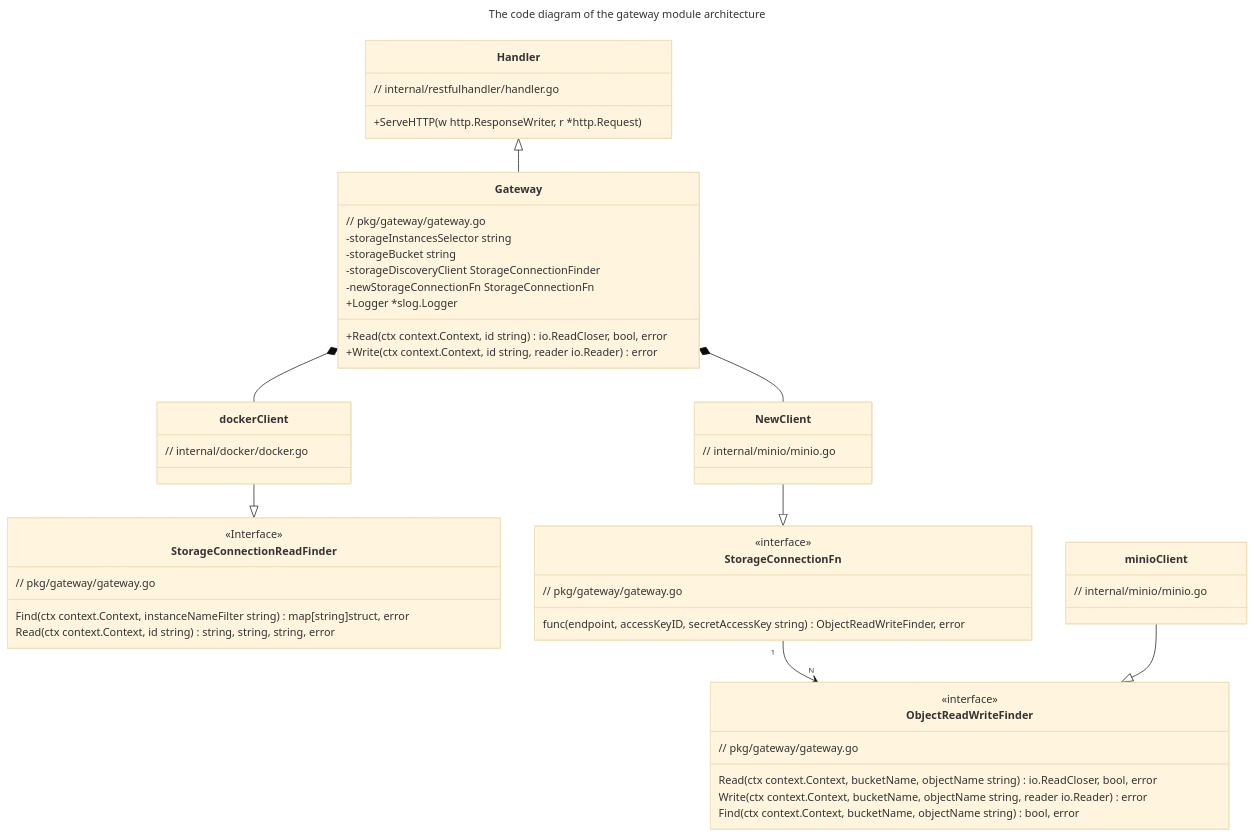
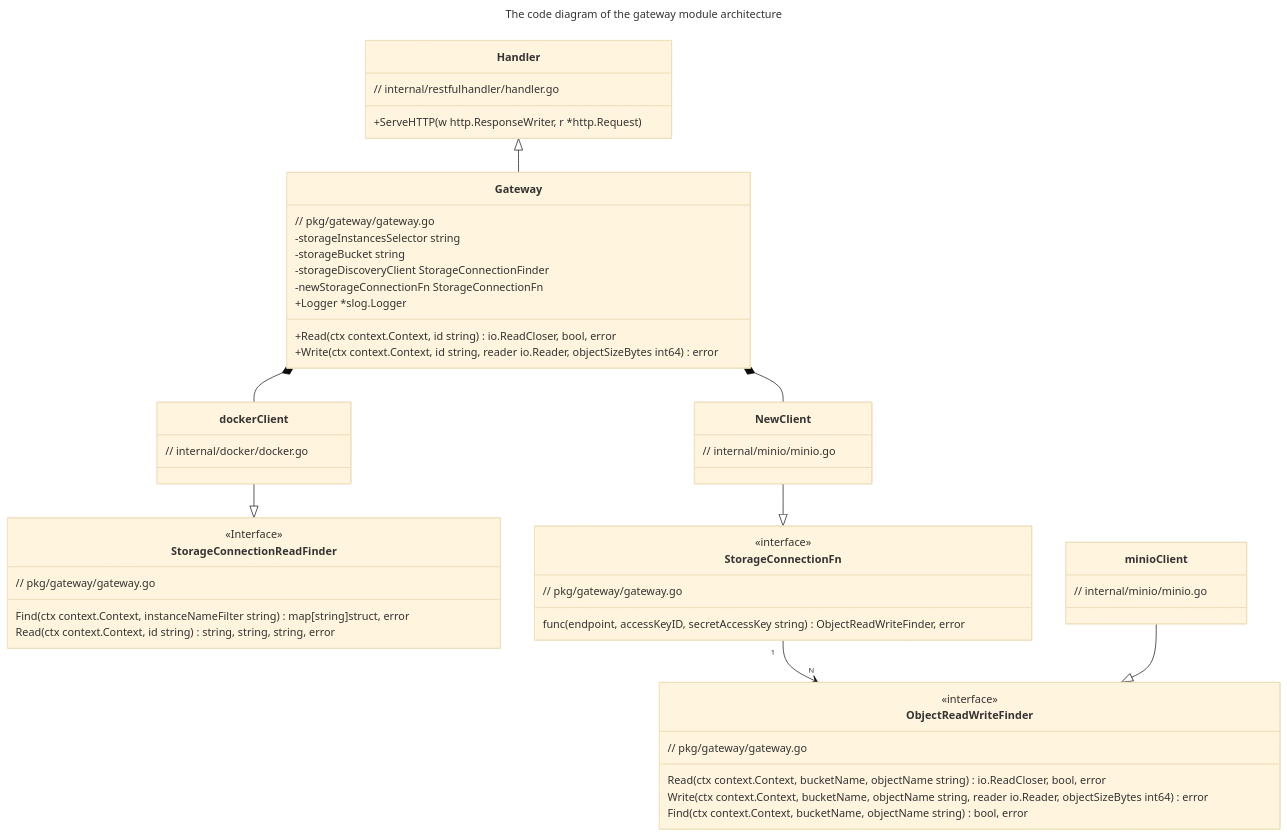
Before and after one commit to kislerdm/object-storage-gateway: the diagram in README.md, drawn with Mermaid (base theme). The commit also changed 6 other files, not shown here.

First line of the commit message:
feat: add objectSizeBytes config.

````diff
--- a/README.md
+++ b/README.md
@@ -98,64 +98,64 @@
 ```mermaid
 ---
 title: The code diagram of the gateway module architecture
 ---
 classDiagram
   class Gateway {
       // pkg/gateway/gateway.go
       -storageInstancesSelector string
       -storageBucket            string
       -storageDiscoveryClient   StorageConnectionFinder
       -newStorageConnectionFn   StorageConnectionFn
        +Logger *slog.Logger
 
       +Read(ctx context.Context, id string) io.ReadCloser, bool, error
-      +Write(ctx context.Context, id string, reader io.Reader) error
+      +Write(ctx context.Context, id string, reader io.Reader, objectSizeBytes int64) error
   }
 
   class StorageConnectionReadFinder {
       // pkg/gateway/gateway.go
       <<Interface>>
       Find(ctx context.Context, instanceNameFilter string) map[string]struct, error
       Read(ctx context.Context, id string) string, string, string, error
   }
 
   class ObjectReadWriteFinder {
       // pkg/gateway/gateway.go
       <<interface>>
       Read(ctx context.Context, bucketName, objectName string) io.ReadCloser, bool, error
-      Write(ctx context.Context, bucketName, objectName string, reader io.Reader) error
+      Write(ctx context.Context, bucketName, objectName string, reader io.Reader, objectSizeBytes int64) error
       Find(ctx context.Context, bucketName, objectName string) bool, error
   }
 
   class StorageConnectionFn {
       // pkg/gateway/gateway.go
       <<interface>>
       func(endpoint, accessKeyID, secretAccessKey string) ObjectReadWriteFinder, error
   }
 
   class Handler {
       // internal/restfulhandler/handler.go
       +ServeHTTP(w http.ResponseWriter, r *http.Request)
   }
 
   class dockerClient {
       // internal/docker/docker.go
   }
 
   class minioClient {
   // internal/minio/minio.go
   }
 
   class NewClient {
   // internal/minio/minio.go
   }
 
   StorageConnectionFn "1" --> "N" ObjectReadWriteFinder
   
   minioClient --|> ObjectReadWriteFinder
   dockerClient --|> StorageConnectionReadFinder
   NewClient --|> StorageConnectionFn
   Gateway *-- dockerClient
   Gateway *-- NewClient
   Handler <|-- Gateway
 ```
````
